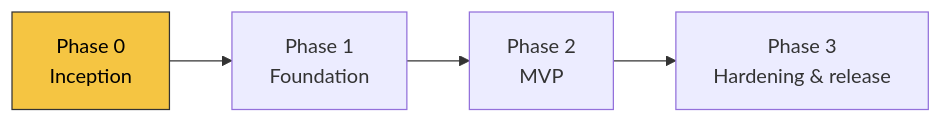
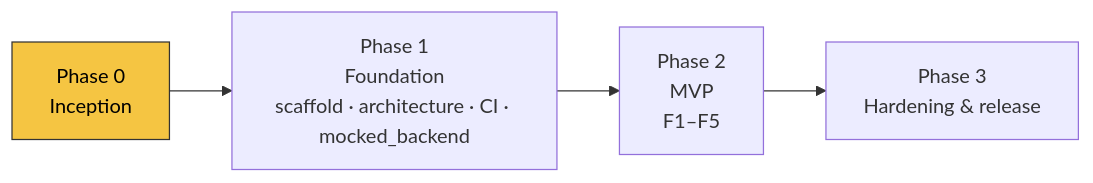
Before and after one commit to emiliev/mini-client-application: the diagram in documents/project/roadmap.md, drawn with Mermaid. The commit also changed other lines of this file and 23 other files, not shown here.

First line of the commit message:
T-0002: Record PO direction, draft charter, add mocked backend ADRs

````diff
--- a/documents/project/roadmap.md
+++ b/documents/project/roadmap.md
@@ -20,5 +21,5 @@
 ```mermaid
 flowchart LR
-    P0[Phase 0<br/>Inception] --> P1[Phase 1<br/>Foundation] --> P2[Phase 2<br/>MVP] --> P3[Phase 3<br/>Hardening & release]
+    P0[Phase 0<br/>Inception] --> P1[Phase 1<br/>Foundation<br/>scaffold · architecture · CI · mocked_backend] --> P2[Phase 2<br/>MVP<br/>F1–F5] --> P3[Phase 3<br/>Hardening & release]
     style P0 fill:#f5c542,stroke:#333,color:#000
 ```
````
